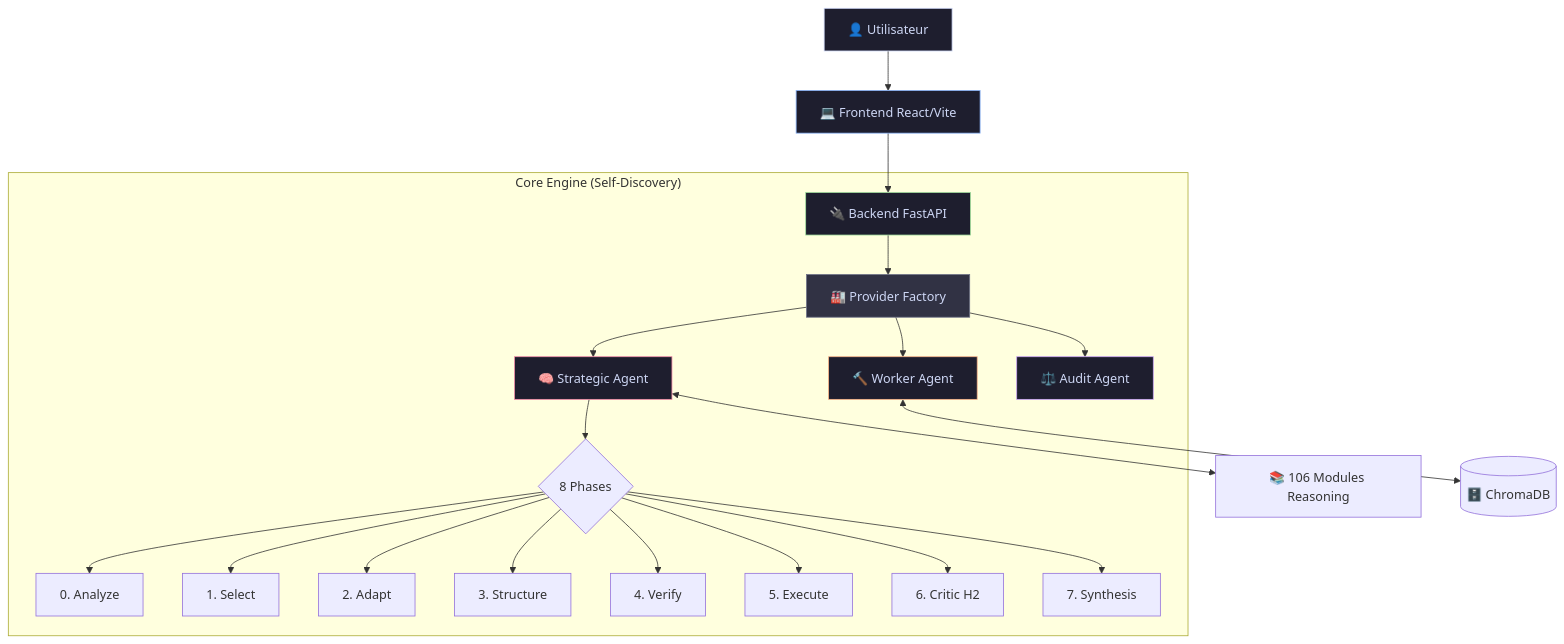
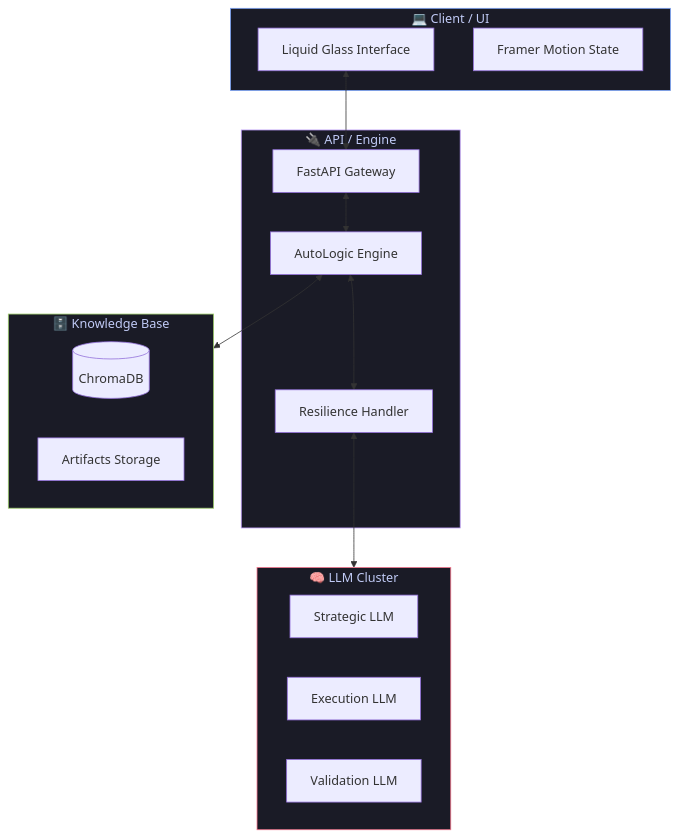
The first of 3 diagrams in README.md (dagornc/Autologic), drawn with Mermaid before and after one commit. The commit also changed other lines of this file and 107 other files, not shown here.

````diff
--- a/README.md
+++ b/README.md
@@ -118,33 +70,35 @@
 ```mermaid
-graph TD
-    User[👤 Utilisateur] --> Frontend[💻 Frontend React/Vite]
-    Frontend --> API[🔌 Backend FastAPI]
+graph TB
+    subgraph Frontend [💻 Client / UI]
+        UI[Liquid Glass Interface]
+        State[Framer Motion State]
+    end
+
+    subgraph Backend [🔌 API / Engine]
+        API[FastAPI Gateway]
+        Engine[AutoLogic Engine]
+        Resilience[Resilience Handler]
+    end
+
+    subgraph Memory [🗄️ Knowledge Base]
+        VDB[(ChromaDB)]
+        Storage[Artifacts Storage]
+    end
+
+    subgraph Intelligence [🧠 LLM Cluster]
+        Root[Strategic LLM]
+        Worker[Execution LLM]
+        Audit[Validation LLM]
+    end
+
+    UI <--> API
+    API <--> Engine
+    Engine <--> Resilience
+    Resilience <--> Intelligence
+    Engine <--> Memory
     
-    subgraph "Core Engine (Self-Discovery)"
-        API --> Factory[🏭 Provider Factory]
-        Factory --> Strat[🧠 Strategic Agent]
-        Factory --> Worker[🔨 Worker Agent]
-        Factory --> Audit[⚖️ Audit Agent]
-        
-        Strat --> Phases{8 Phases}
-        Phases --> P0[0. Analyze]
-        Phases --> P1[1. Select]
-        Phases --> P2[2. Adapt]
-        Phases --> P3[3. Structure]
-        Phases --> P4[4. Verify]
-        Phases --> P5[5. Execute]
-        Phases --> P6[6. Critic H2]
-        Phases --> P7[7. Synthesis]
-    end
-    
-    Strat <--> Modules[📚 106 Modules Reasoning]
-    Worker <--> VectorDB[(🗄️ ChromaDB)]
-    
-    style User fill:#1e1e2e,stroke:#cdd6f4,color:#cdd6f4
-    style Frontend fill:#1e1e2e,stroke:#89b4fa,color:#cdd6f4
-    style API fill:#1e1e2e,stroke:#a6e3a1,color:#cdd6f4
-    style Factory fill:#313244,stroke:#6c7086,color:#cdd6f4
-    style Strat fill:#1e1e2e,stroke:#f38ba8,color:#cdd6f4
-    style Worker fill:#1e1e2e,stroke:#fab387,color:#cdd6f4
-    style Audit fill:#1e1e2e,stroke:#cba6f7,color:#cdd6f4
+    style Frontend fill:#1a1b26,stroke:#7aa2f7,color:#c0caf5
+    style Backend fill:#1a1b26,stroke:#bb9af7,color:#c0caf5
+    style Memory fill:#1a1b26,stroke:#9ece6a,color:#c0caf5
+    style Intelligence fill:#1a1b26,stroke:#f7768e,color:#c0caf5
 ```
````
